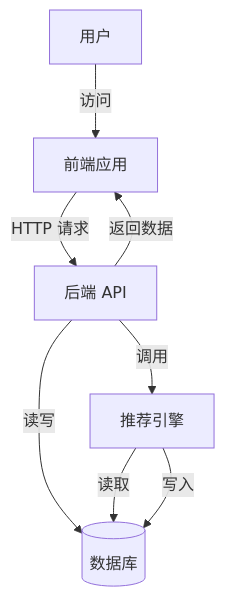
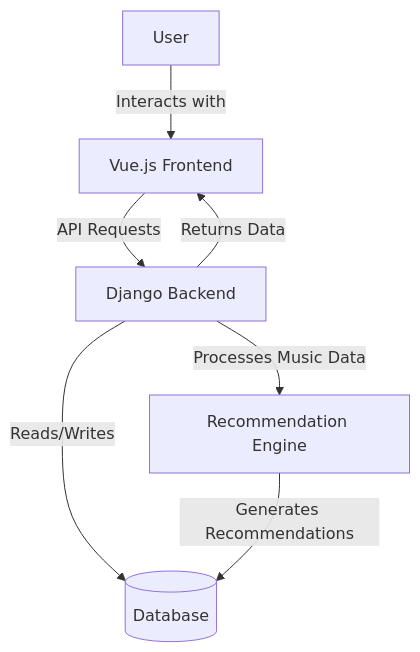
One commit to SOV710/RhythmFusion changed the first of 10 diagrams in docs/architecture.md. Above: the diagram before and after it, drawn with Mermaid. The commit also changed other lines of this file and 5 other files, not shown here.

````diff
--- a/docs/architecture.md
+++ b/docs/architecture.md
@@ -9,10 +9,9 @@
 ```mermaid
 graph TD
-    User[用户] -->|访问| Frontend[前端应用]
-    Frontend -->|HTTP 请求| Backend[后端 API]
-    Backend -->|返回数据| Frontend
-    Backend -->|读写| Database[(数据库)]
-    Backend -->|调用| RecommendationEngine[推荐引擎]
-    RecommendationEngine -->|读取| Database
-    RecommendationEngine -->|写入| Database
+    User[User] -->|Interacts with| Frontend[Vue.js Frontend]
+    Frontend -->|API Requests| Backend[Django Backend]
+    Backend -->|Returns Data| Frontend
+    Backend -->|Reads/Writes| Database[(Database)]
+    Backend -->|Processes Music Data| RecommendationEngine[Recommendation Engine]
+    RecommendationEngine -->|Generates Recommendations| Database
 ```
````
